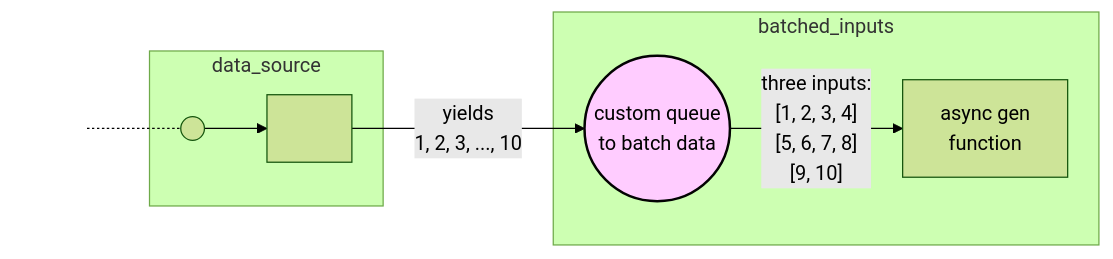
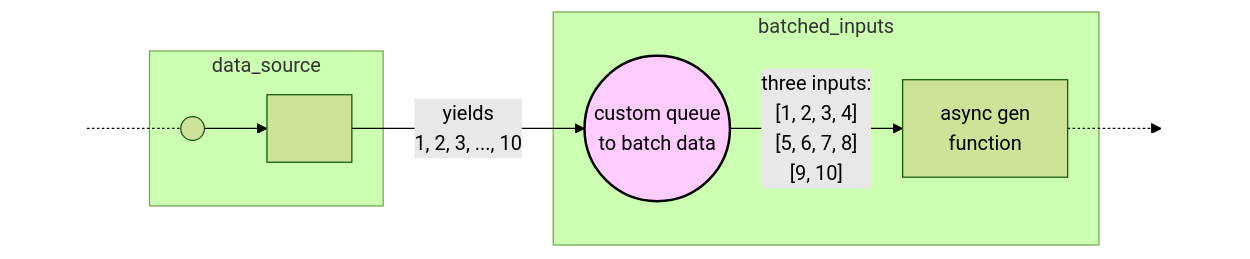
One commit to civisanalytics/async-graph-data-flow changed the first of 2 diagrams in docs/more_examples/flexible_edge_behaviors_between_nodes.rst. Above: the diagram before and after it, drawn with Mermaid (forest theme). The commit also changed other lines of this file and 3 other files, not shown here.

```diff
--- a/docs/more_examples/flexible_edge_behaviors_between_nodes.rst
+++ b/docs/more_examples/flexible_edge_behaviors_between_nodes.rst
@@ -53,18 +53,20 @@
 .. mermaid::
 
     flowchart LR
 
     start1[ ] -.- queue1(("&nbsp;"))
     subgraph data_source
         queue1 --> node1["&nbsp;&nbsp;"]
     end
     style start1 fill-opacity:0, stroke-opacity:0;
 
     queue2((custom queue<br/>to batch data))
     node2["async gen<br/>function"]
     subgraph batched_inputs
         queue2 --> |"three inputs:<br/>[1, 2, 3, 4]<br/>[5, 6, 7, 8]<br/>[9, 10]"| node2
     end
     style queue2 fill:#ffccff, stroke:#030303, stroke-width:2px;
 
     node1 --> |yields<br/>1, 2, 3, ..., 10| queue2
+    node2 -.-> STOP[ ]
+    style STOP fill-opacity:0, stroke-opacity:0;
```
